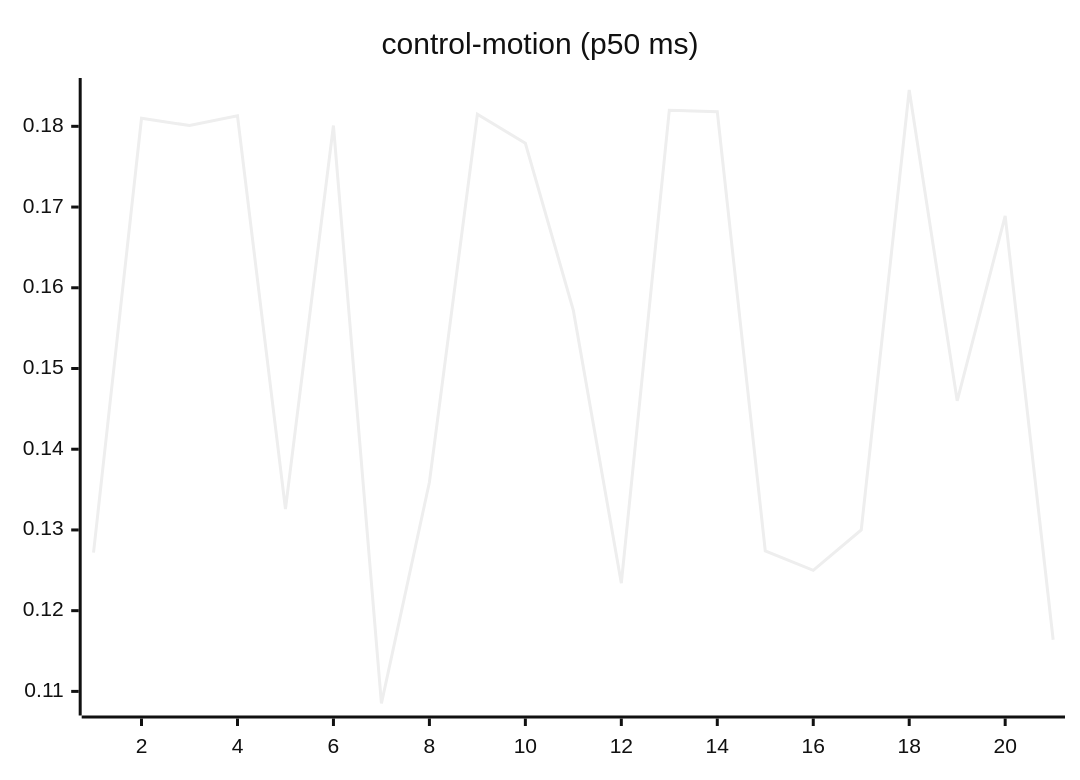
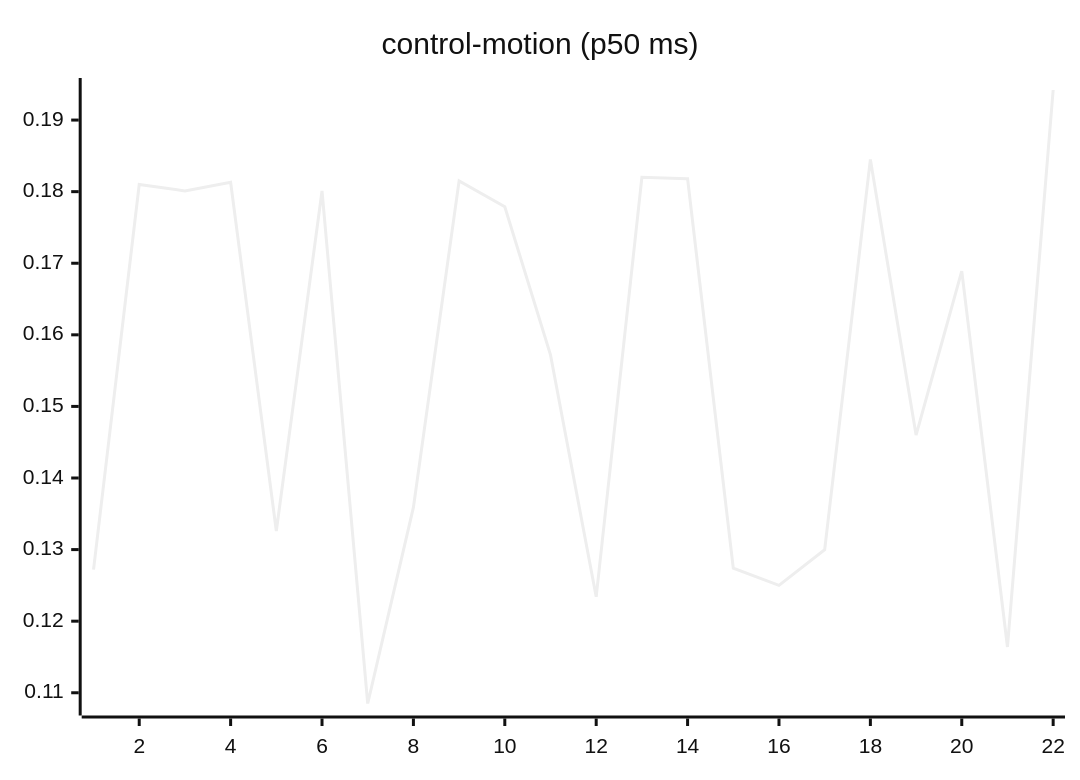
Before and after one commit to josha/Facet: the seventh of 27 diagrams in README.md, drawn with Mermaid (neutral theme). The commit also changed other lines of this file and 2 other files, not shown here.

````diff
--- a/README.md
+++ b/README.md
@@ -105,6 +105,6 @@
 ```mermaid
 xychart-beta
     title "control-motion (p50 ms)"
-    x-axis 1 --> 21
-    line [0.1272, 0.1810, 0.1801, 0.1813, 0.1326, 0.1801, 0.1085, 0.1359, 0.1815, 0.1779, 0.1572, 0.1234, 0.1820, 0.1818, 0.1274, 0.1250, 0.1300, 0.1845, 0.1460, 0.1689, 0.1164]
+    x-axis 1 --> 22
+    line [0.1272, 0.1810, 0.1801, 0.1813, 0.1326, 0.1801, 0.1085, 0.1359, 0.1815, 0.1779, 0.1572, 0.1234, 0.1820, 0.1818, 0.1274, 0.1250, 0.1300, 0.1845, 0.1460, 0.1689, 0.1164, 0.1942]
 ```
````
